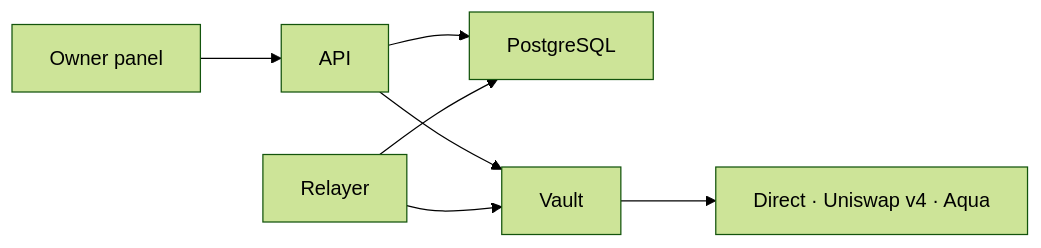
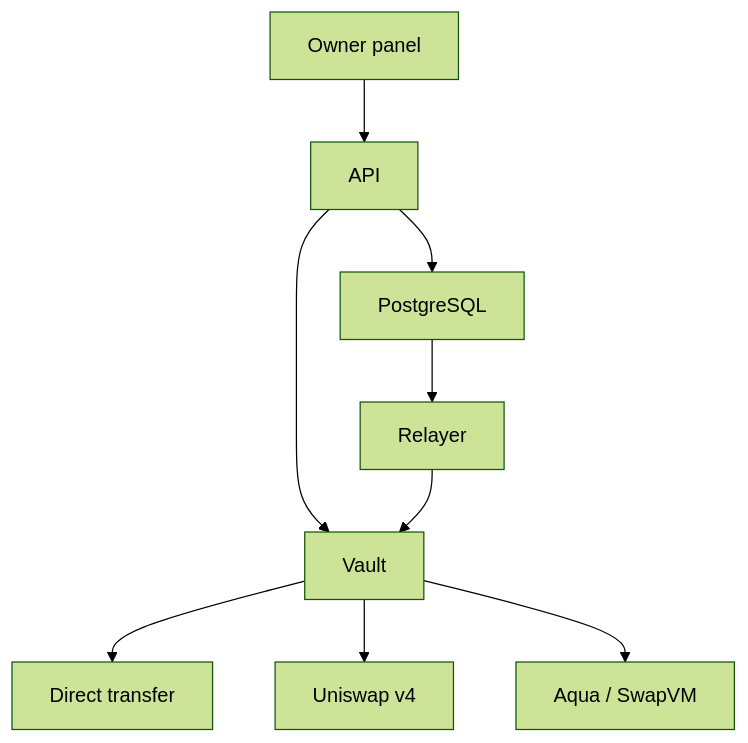
One commit to kosuke-eth/PayGuard changed the second of 2 diagrams in README.md. Above: the diagram before and after it, drawn with Mermaid (forest theme).

Commit message:
docs: straighten the architecture diagram
Keep the same connections, and lay them out so the relayer is not drawn across the API.

````diff
--- a/README.md
+++ b/README.md
@@ -60,9 +60,11 @@
 ```mermaid
-flowchart LR
+flowchart TB
   Panel["Owner panel"] --> API["API"]
   API --> DB["PostgreSQL"]
   API --> Vault["Vault"]
-  Worker["Relayer"] --> DB
-  Worker --> Vault
-  Vault --> Routes["Direct · Uniswap v4 · Aqua"]
+  DB --> Relayer["Relayer"]
+  Relayer --> Vault
+  Vault --> Direct["Direct transfer"]
+  Vault --> V4["Uniswap v4"]
+  Vault --> Aqua["Aqua / SwapVM"]
 ```
````
